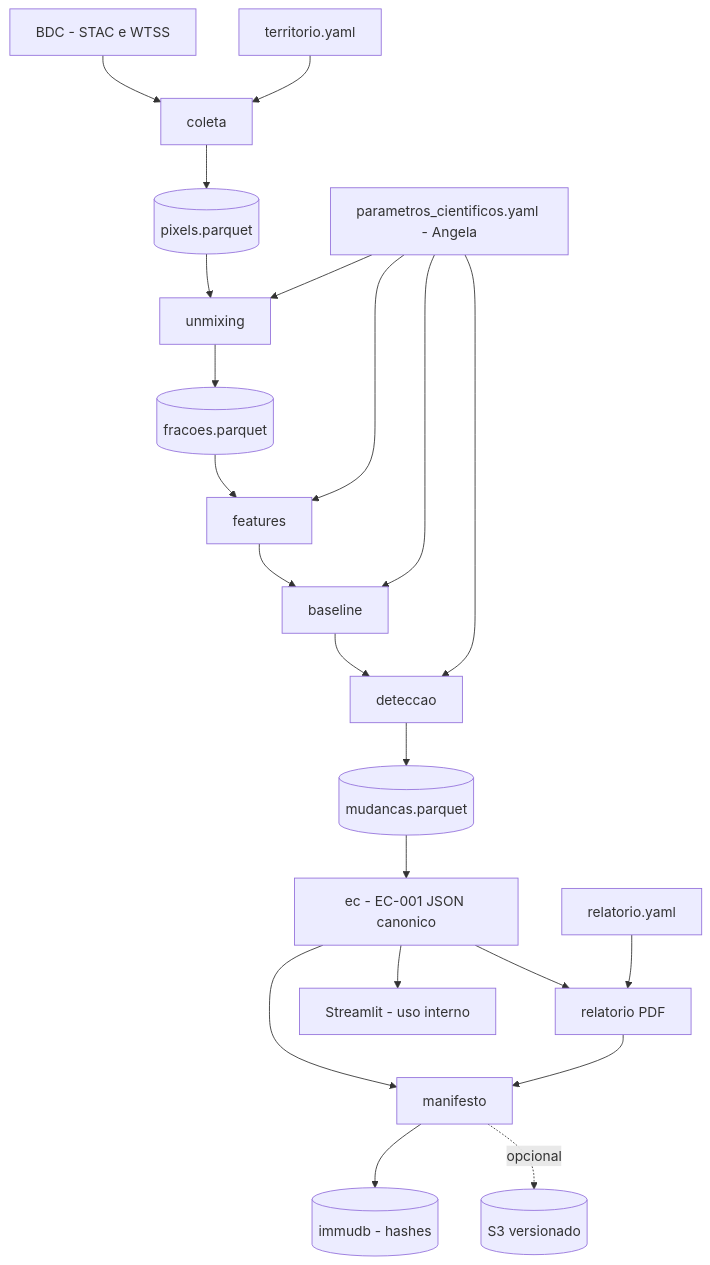
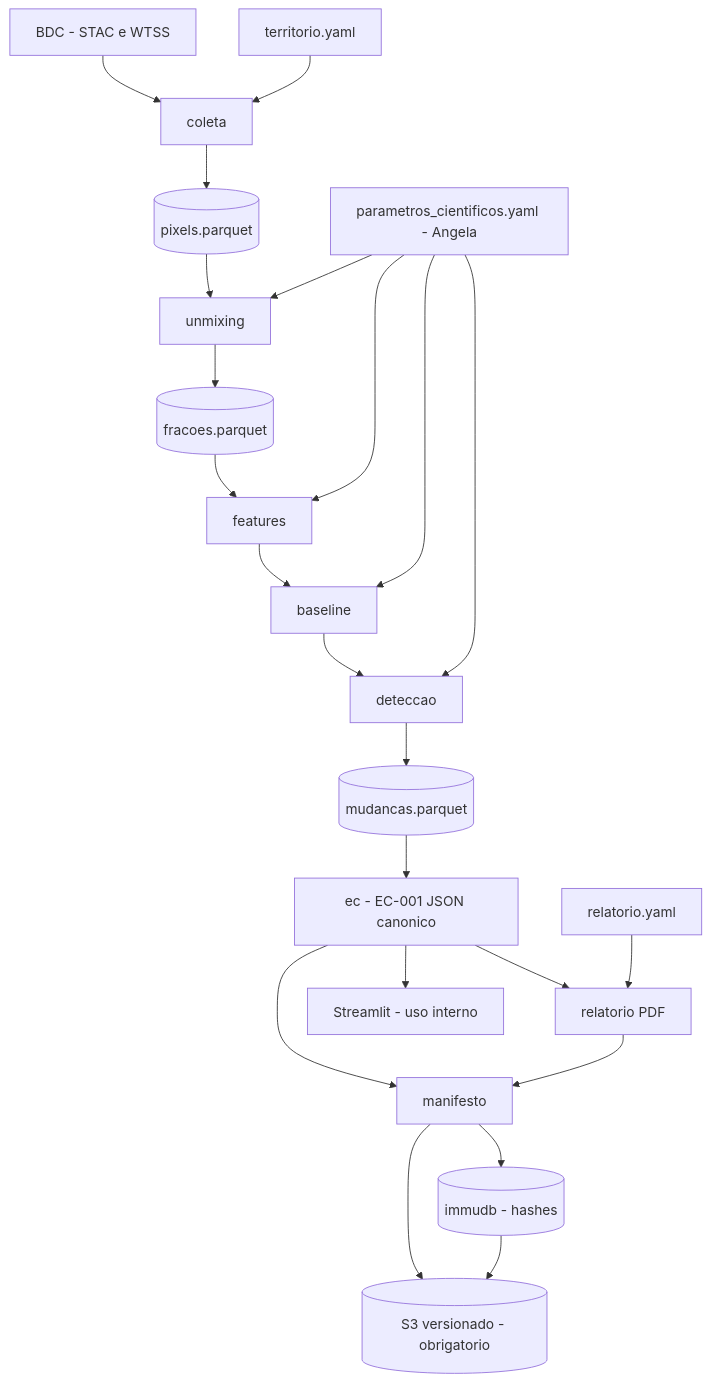
The diagram in specs/ec-001-pipeline-p0/design.md (vinicius-calmeida/kiro-project), drawn with Mermaid before and after one commit. The commit also changed other lines of this file and 4 other files, not shown here.

````diff
--- a/specs/ec-001-pipeline-p0/design.md
+++ b/specs/ec-001-pipeline-p0/design.md
@@ -7,24 +7,25 @@
 ```mermaid
 flowchart TD
     BDC[BDC - STAC e WTSS] --> COL[coleta]
     CFG1[territorio.yaml] --> COL
     COL --> PX[(pixels.parquet)]
     PX --> UNM[unmixing]
     PAR[parametros_cientificos.yaml - Angela] --> UNM
     UNM --> FR[(fracoes.parquet)]
     FR --> FEA[features]
     PAR --> FEA
     FEA --> BAS[baseline]
     PAR --> BAS
     BAS --> DET[deteccao]
     PAR --> DET
     DET --> CH[(mudancas.parquet)]
     CH --> EC[ec - EC-001 JSON canonico]
     EC --> REL[relatorio PDF]
     CFG3[relatorio.yaml] --> REL
     EC --> MAN[manifesto]
     REL --> MAN
     MAN --> IMM[(immudb - hashes)]
     EC --> STR[Streamlit - uso interno]
-    MAN -.opcional.-> S3[(S3 versionado)]
+    MAN --> S3[(S3 versionado - obrigatorio)]
+    IMM --> S3
 ```
````
